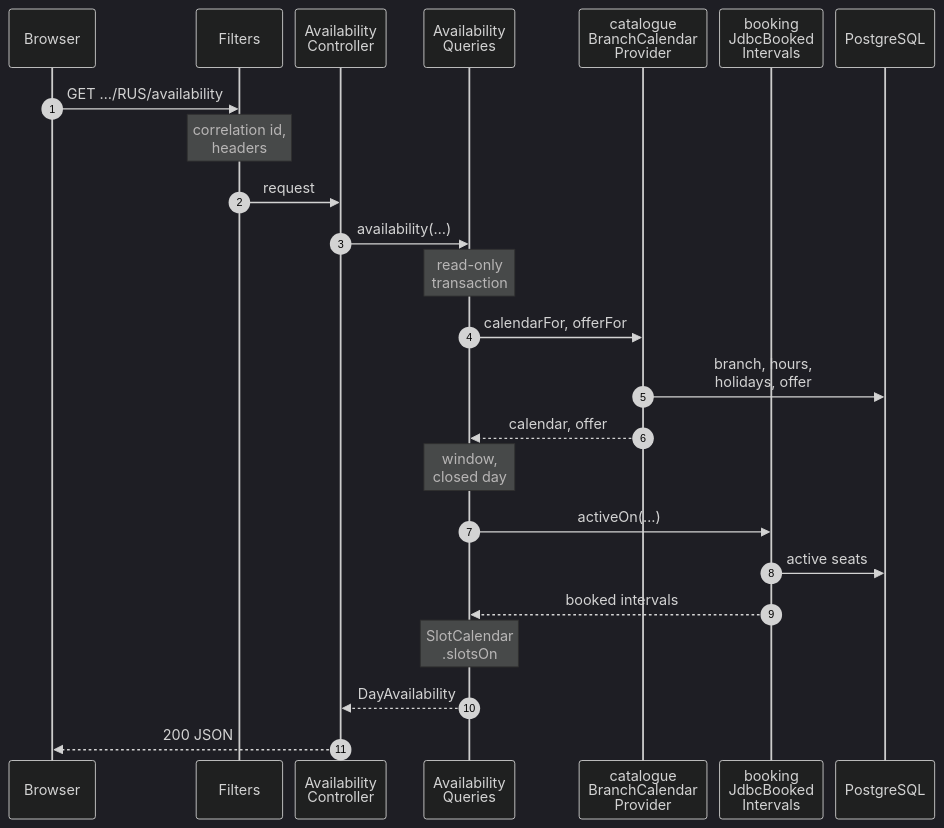
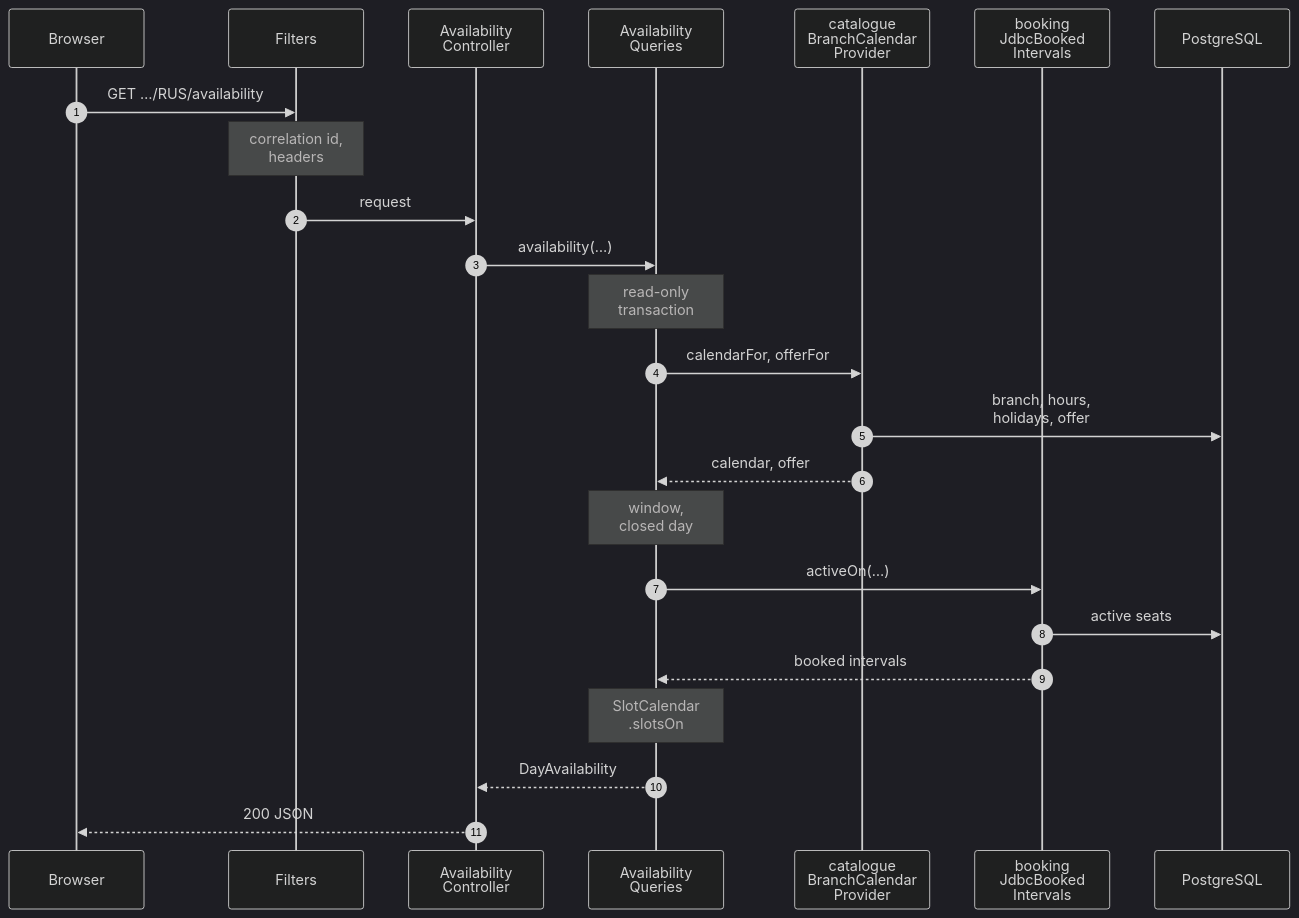
Before and after one commit to KatlehoKomeke/Appointment-Booking-System: the first of 5 diagrams in docs/architecture.md, drawn with Mermaid (dark theme). The commit also changed other lines of this file and 27 other files, not shown here.

````diff
--- a/docs/architecture.md
+++ b/docs/architecture.md
@@ -82,27 +83,26 @@
 ```mermaid
-%%{init: {"sequence": {"width": 96, "actorMargin": 14, "noteMargin": 6, "boxMargin": 6}}}%%
 sequenceDiagram
     autonumber
     participant B as Browser
     participant F as Filters
     participant C as Availability<br/>Controller
     participant Q as Availability<br/>Queries
     participant Cat as catalogue<br/>BranchCalendar<br/>Provider
     participant Bk as booking<br/>JdbcBooked<br/>Intervals
     participant DB as PostgreSQL
     B->>F: GET …/RUS/availability
     Note over F: correlation id,<br/>headers
     F->>C: request
     C->>Q: availability(…)
     Note over Q: read-only<br/>transaction
     Q->>Cat: calendarFor, offerFor
     Cat->>DB: branch, hours,<br/>holidays, offer
     Cat-->>Q: calendar, offer
     Note over Q: window,<br/>closed day
     Q->>Bk: activeOn(…)
     Bk->>DB: active seats
     Bk-->>Q: booked intervals
     Note over Q: SlotCalendar<br/>.slotsOn
     Q-->>C: DayAvailability
     C-->>B: 200 JSON
 ```
````
